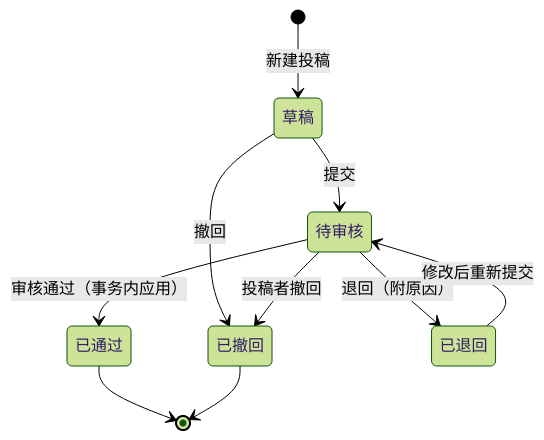
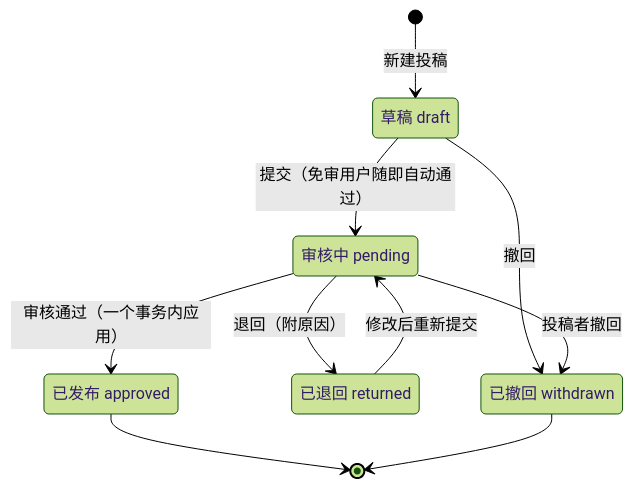
The second of 2 diagrams in docs/ARCHITECTURE.md (Yuri-NagaSaki/wuwa-emotes), drawn with Mermaid (forest theme) before and after one commit. The commit also changed other lines of this file and 1 other file, not shown here.

First line of the commit message:
docs: README and as-built architecture

````diff
--- a/docs/ARCHITECTURE.md
+++ b/docs/ARCHITECTURE.md
@@ -183,12 +209,17 @@
 ```mermaid
 stateDiagram-v2
-  [*] --> 草稿: 新建投稿
-  草稿 --> 待审核: 提交
-  草稿 --> 已撤回: 撤回
-  待审核 --> 已通过: 审核通过（事务内应用）
-  待审核 --> 已退回: 退回（附原因）
-  待审核 --> 已撤回: 投稿者撤回
-  已退回 --> 待审核: 修改后重新提交
-  已通过 --> [*]
-  已撤回 --> [*]
+  state "草稿 draft" as draft
+  state "审核中 pending" as pending
+  state "已发布 approved" as approved
+  state "已退回 returned" as returned
+  state "已撤回 withdrawn" as withdrawn
+  [*] --> draft: 新建投稿
+  draft --> pending: 提交（免审用户随即自动通过）
+  draft --> withdrawn: 撤回
+  pending --> approved: 审核通过（一个事务内应用）
+  pending --> returned: 退回（附原因）
+  pending --> withdrawn: 投稿者撤回
+  returned --> pending: 修改后重新提交
+  approved --> [*]
+  withdrawn --> [*]
 ```
````
